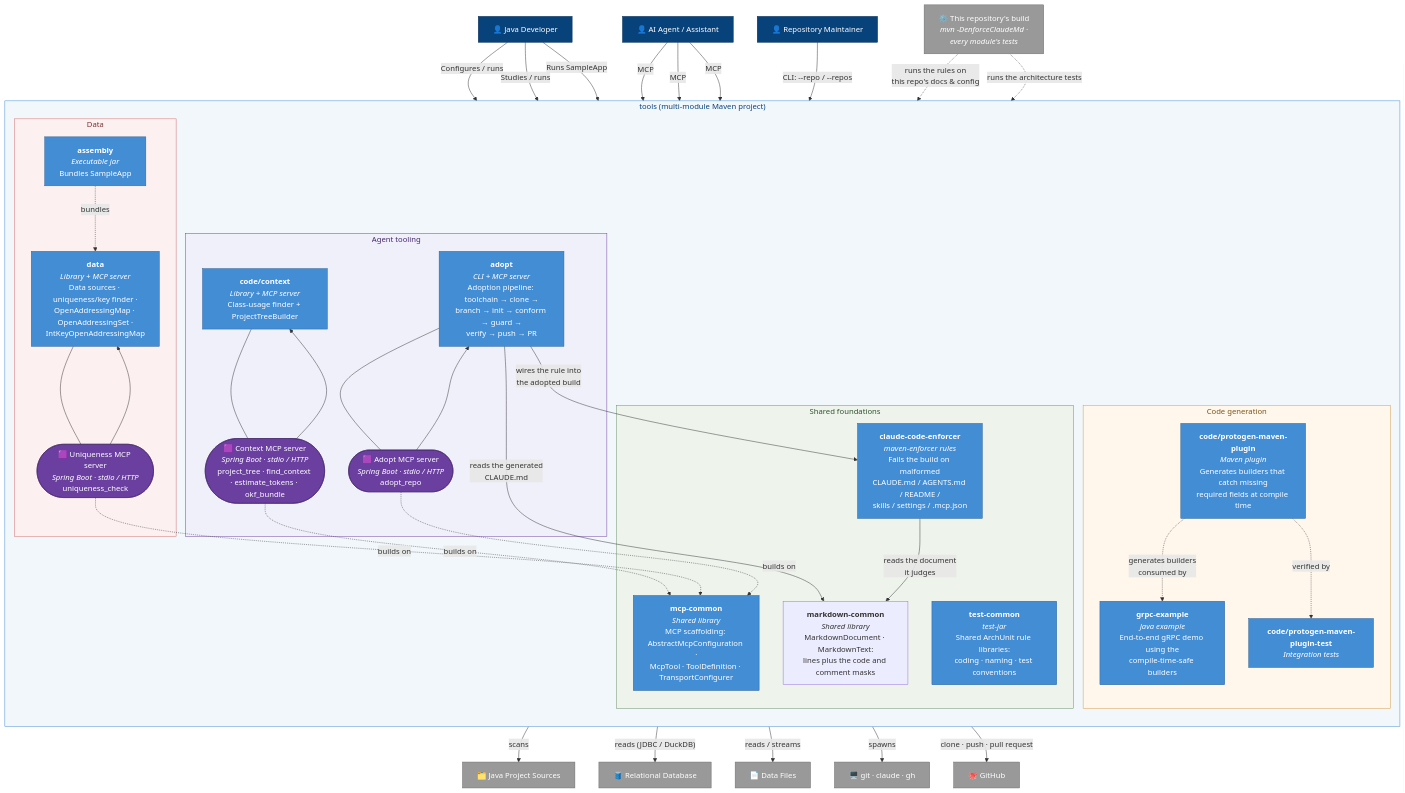
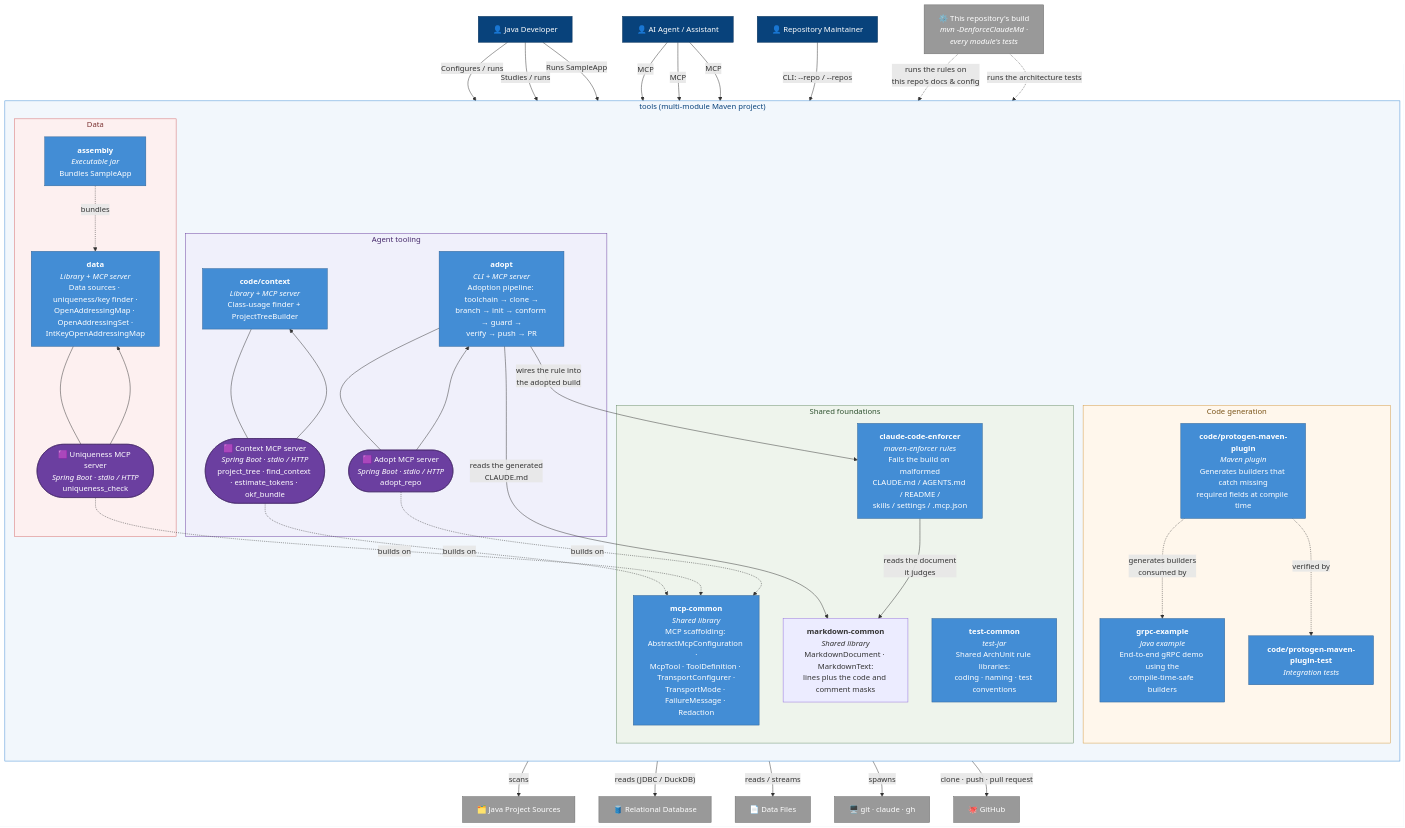
One commit to adamw7/tools changed the second of 10 diagrams in docs/c4-architecture.md. Above: the diagram before and after it, drawn with Mermaid. The commit also changed other lines of this file and 33 other files, not shown here.

```diff
--- a/docs/c4-architecture.md
+++ b/docs/c4-architecture.md
@@ -100,7 +100,7 @@
             enforcer["<b>claude-code-enforcer</b><br/><i>maven-enforcer rules</i><br/>Fails the build on malformed<br/>CLAUDE.md / AGENTS.md / README /<br/>skills / settings / .mcp.json"]
             markdownCommon["<b>markdown-common</b><br/><i>Shared library</i><br/>MarkdownDocument · MarkdownText:<br/>lines plus the code and comment masks"]
             testCommon["<b>test-common</b><br/><i>test-jar</i><br/>Shared ArchUnit rule libraries:<br/>coding · naming · test conventions"]
-            mcpCommon["<b>mcp-common</b><br/><i>Shared library</i><br/>MCP scaffolding: AbstractMcpConfiguration ·<br/>McpTool · ToolDefinition · TransportConfigurer"]
+            mcpCommon["<b>mcp-common</b><br/><i>Shared library</i><br/>MCP scaffolding: AbstractMcpConfiguration ·<br/>McpTool · ToolDefinition · TransportConfigurer ·<br/>TransportMode · FailureMessage · Redaction"]
         end
 
         subgraph codegen ["Code generation"]
```
